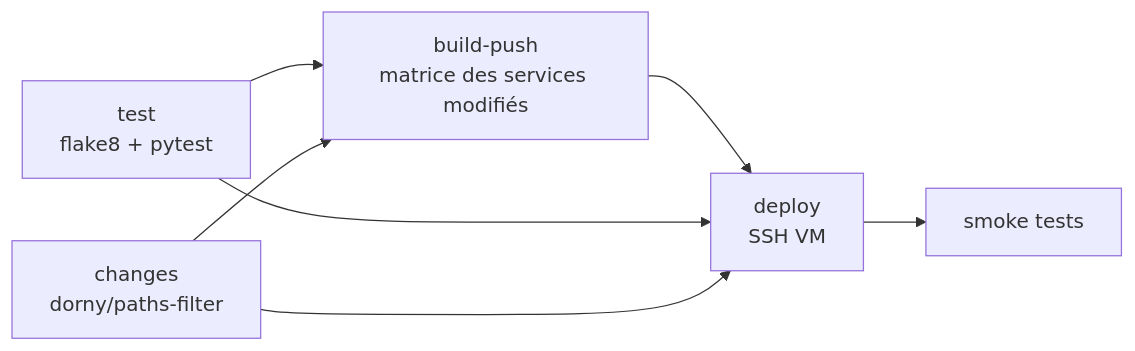
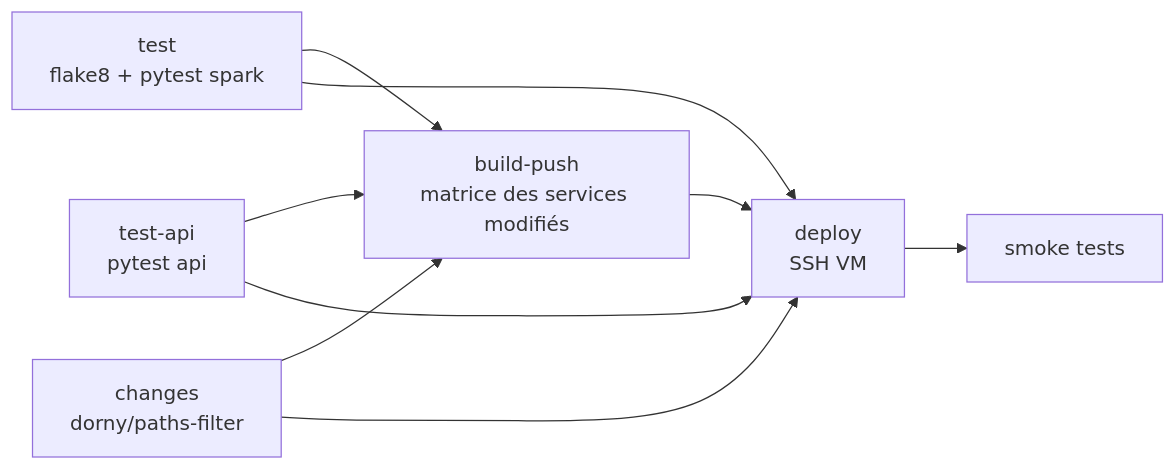
The third of 3 diagrams in docs/DOCUMENTATION_TECHNIQUE.md (DataScientest-Studio/sep26_bde_fr_dst_airlines), drawn with Mermaid before and after one commit. The commit also changed other lines of this file, not shown here.

````diff
--- a/docs/DOCUMENTATION_TECHNIQUE.md
+++ b/docs/DOCUMENTATION_TECHNIQUE.md
@@ -448,9 +512,11 @@
 ```mermaid
 flowchart LR
-    T[test<br/>flake8 + pytest] --> B
+    T[test<br/>flake8 + pytest spark] --> B
+    TA[test-api<br/>pytest api] --> B
     C[changes<br/>dorny/paths-filter] --> B[build-push<br/>matrice des services modifiés]
     B --> D[deploy<br/>SSH VM]
     T --> D
+    TA --> D
     C --> D
     D --> S[smoke tests]
 ```
````
